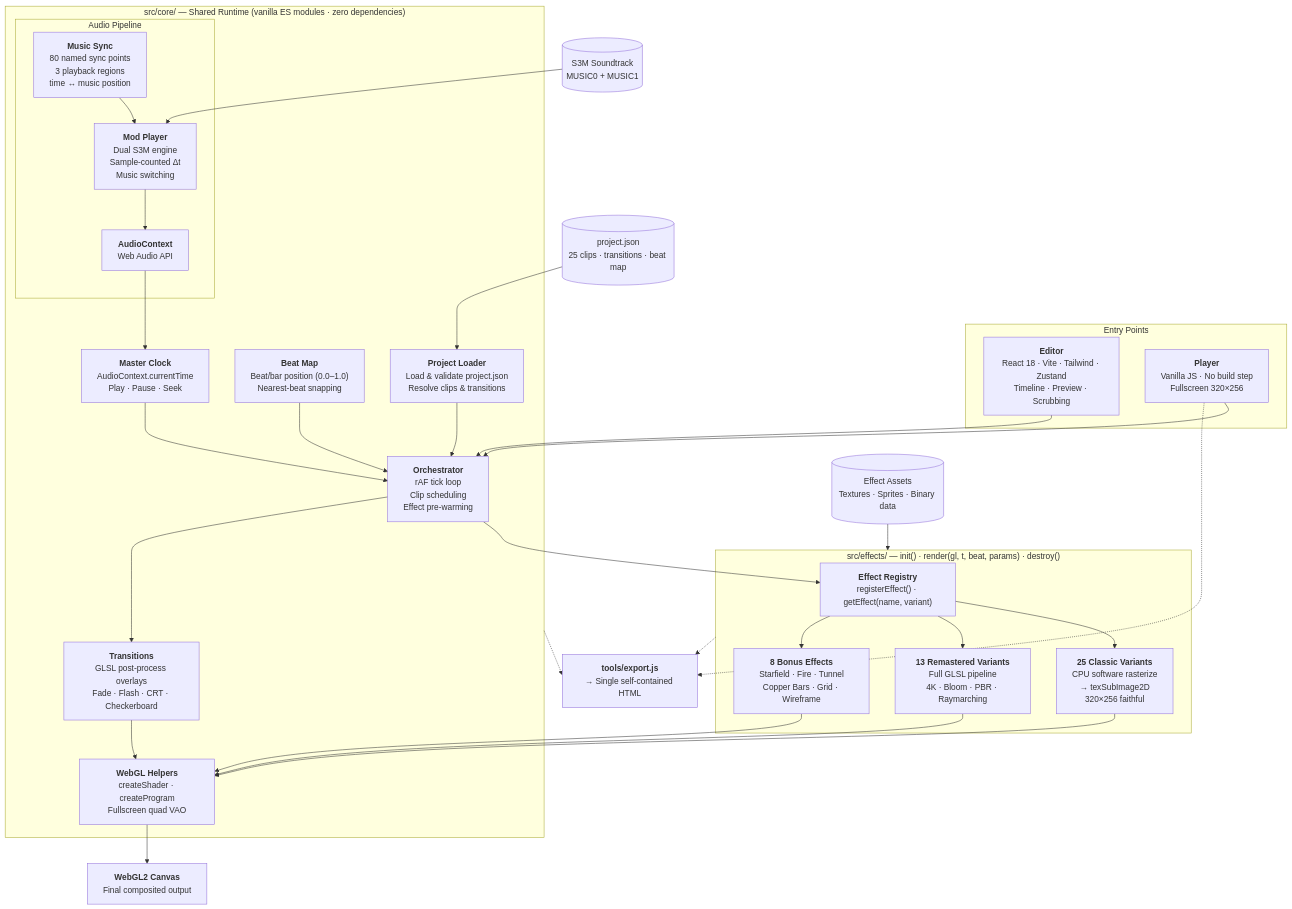
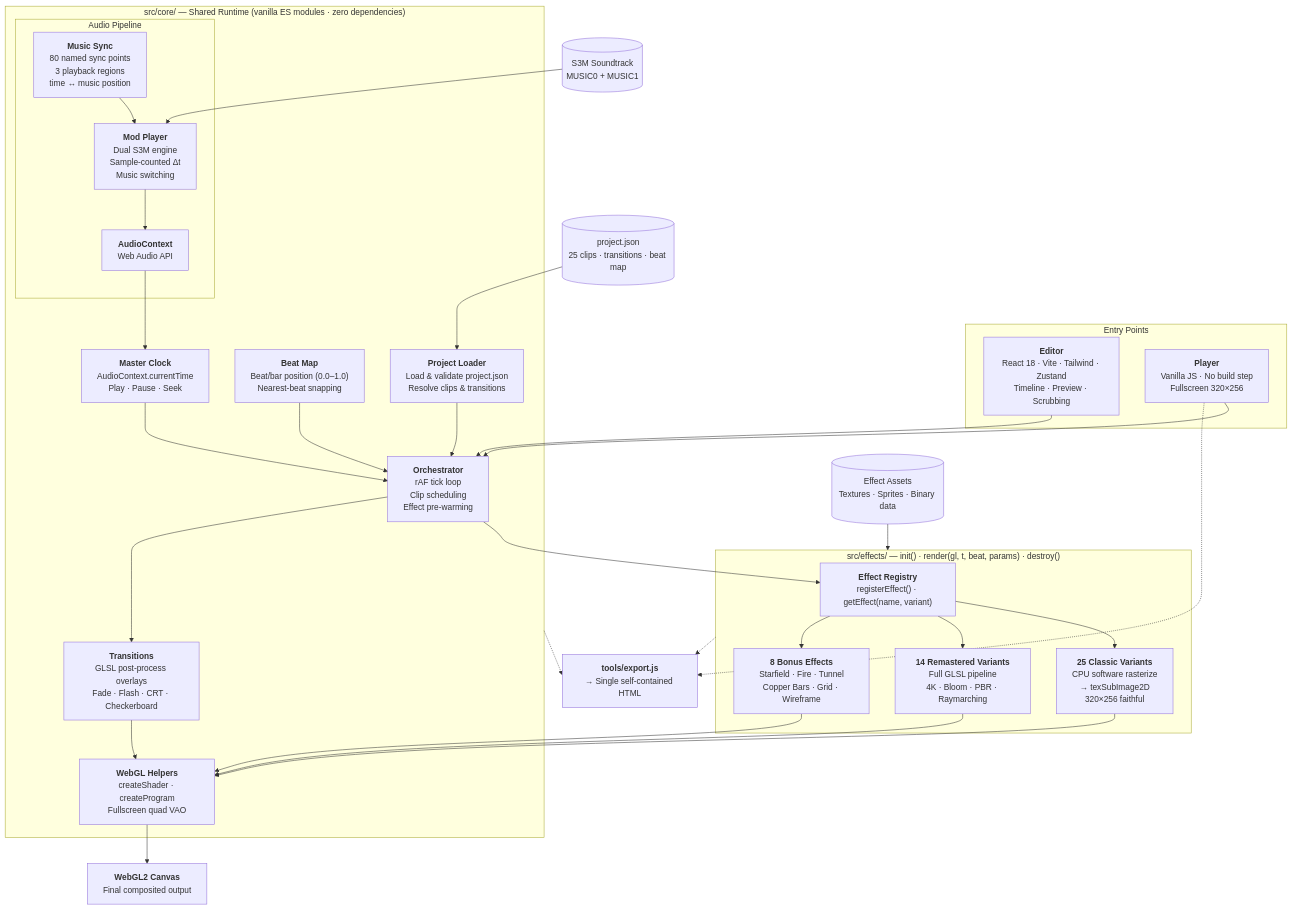
Before and after one commit to pdcgomes/second-reality-augmented: the diagram in README.md, drawn with Mermaid. The commit also changed other lines of this file and 3 other files, not shown here.

````diff
--- a/README.md
+++ b/README.md
@@ -49,80 +51,80 @@
 ```mermaid
 graph TD
     %% ── Assets ──
     PJ[("project.json<br/>25 clips · transitions · beat map")]
     S3M[("S3M Soundtrack<br/>MUSIC0 + MUSIC1")]
     TEX[("Effect Assets<br/>Textures · Sprites · Binary data")]
 
     %% ── Entry Points ──
     subgraph Entry["Entry Points"]
         Editor["<b>Editor</b><br/>React 18 · Vite · Tailwind · Zustand<br/>Timeline · Preview · Scrubbing"]
         Player["<b>Player</b><br/>Vanilla JS · No build step<br/>Fullscreen 320×256"]
     end
 
     %% ── Core Runtime ──
     subgraph Core["src/core/ — Shared Runtime (vanilla ES modules · zero dependencies)"]
         Proj["<b>Project Loader</b><br/>Load & validate project.json<br/>Resolve clips & transitions"]
 
         subgraph Audio["Audio Pipeline"]
             MSync["<b>Music Sync</b><br/>80 named sync points<br/>3 playback regions<br/>time ↔ music position"]
             ModPlay["<b>Mod Player</b><br/>Dual S3M engine<br/>Sample-counted Δt<br/>Music switching"]
             AC["<b>AudioContext</b><br/>Web Audio API"]
         end
 
         Clock["<b>Master Clock</b><br/>AudioContext.currentTime<br/>Play · Pause · Seek"]
         BeatMap["<b>Beat Map</b><br/>Beat/bar position (0.0–1.0)<br/>Nearest-beat snapping"]
         Orch["<b>Orchestrator</b><br/>rAF tick loop<br/>Clip scheduling<br/>Effect pre-warming"]
         Trans["<b>Transitions</b><br/>GLSL post-process overlays<br/>Fade · Flash · CRT · Checkerboard"]
         WGL["<b>WebGL Helpers</b><br/>createShader · createProgram<br/>Fullscreen quad VAO"]
     end
 
     %% ── Effects Layer ──
     subgraph FX["src/effects/ — init() · render(gl, t, beat, params) · destroy()"]
         Reg["<b>Effect Registry</b><br/>registerEffect() · getEffect(name, variant)"]
         Classic["<b>25 Classic Variants</b><br/>CPU software rasterize<br/>→ texSubImage2D<br/>320×256 faithful"]
-        Remastered["<b>13 Remastered Variants</b><br/>Full GLSL pipeline<br/>4K · Bloom · PBR · Raymarching"]
+        Remastered["<b>14 Remastered Variants</b><br/>Full GLSL pipeline<br/>4K · Bloom · PBR · Raymarching"]
         Bonus["<b>8 Bonus Effects</b><br/>Starfield · Fire · Tunnel<br/>Copper Bars · Grid · Wireframe"]
     end
 
     %% ── Output ──
     Canvas["<b>WebGL2 Canvas</b><br/>Final composited output"]
     Export["<b>tools/export.js</b><br/>→ Single self-contained HTML"]
 
     %% ── Asset loading ──
     PJ --> Proj
     S3M --> ModPlay
     TEX --> FX
 
     %% ── Audio chain ──
     MSync --> ModPlay
     ModPlay --> AC
     AC --> Clock
 
     %% ── Core data flow ──
     Proj --> Orch
     Clock --> Orch
     BeatMap --> Orch
 
     %% ── Entry points drive the orchestrator ──
     Editor --> Orch
     Player --> Orch
 
     %% ── Effect resolution ──
     Orch --> Reg
     Reg --> Classic
     Reg --> Remastered
     Reg --> Bonus
 
     %% ── Render pipeline ──
     Classic --> WGL
     Remastered --> WGL
     Bonus --> WGL
     Orch --> Trans
     Trans --> WGL
     WGL --> Canvas
 
     %% ── Distribution ──
     Player -.-> Export
     Core -.-> Export
     FX -.-> Export
 ```
````
